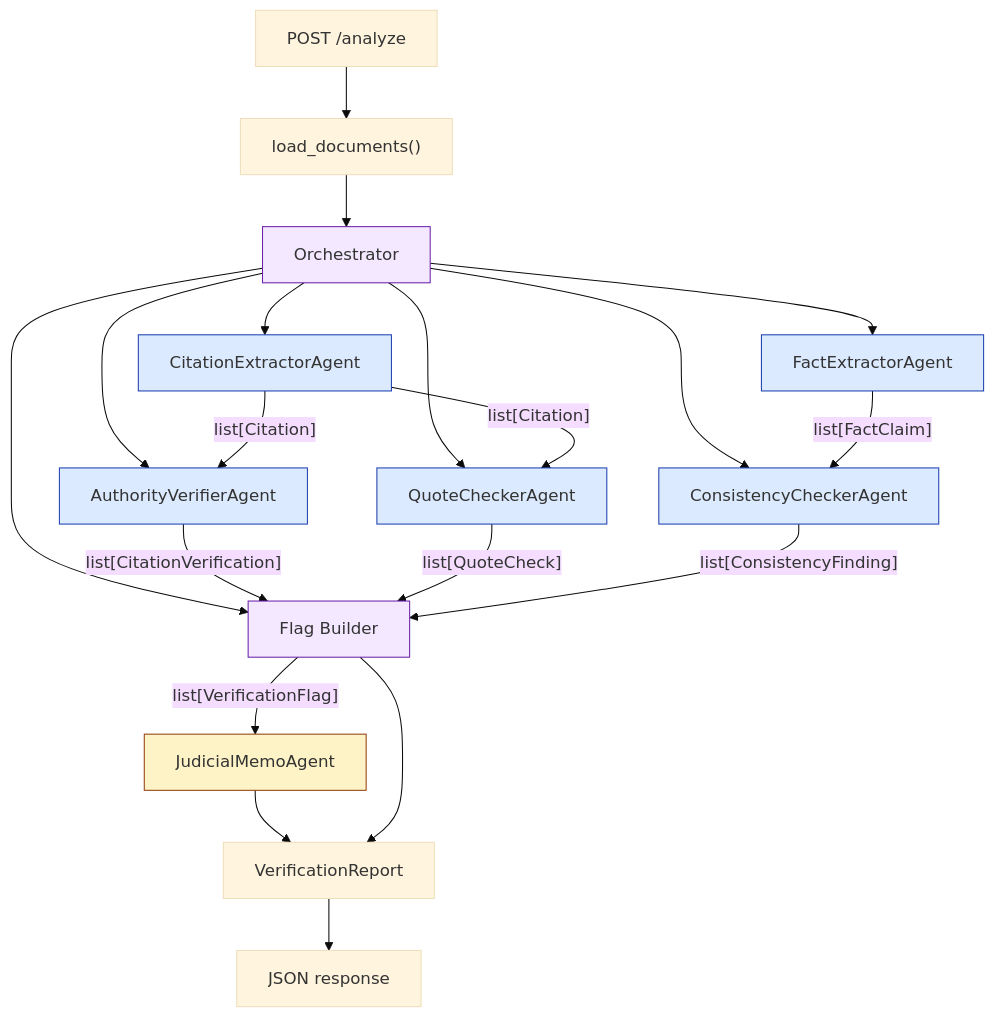
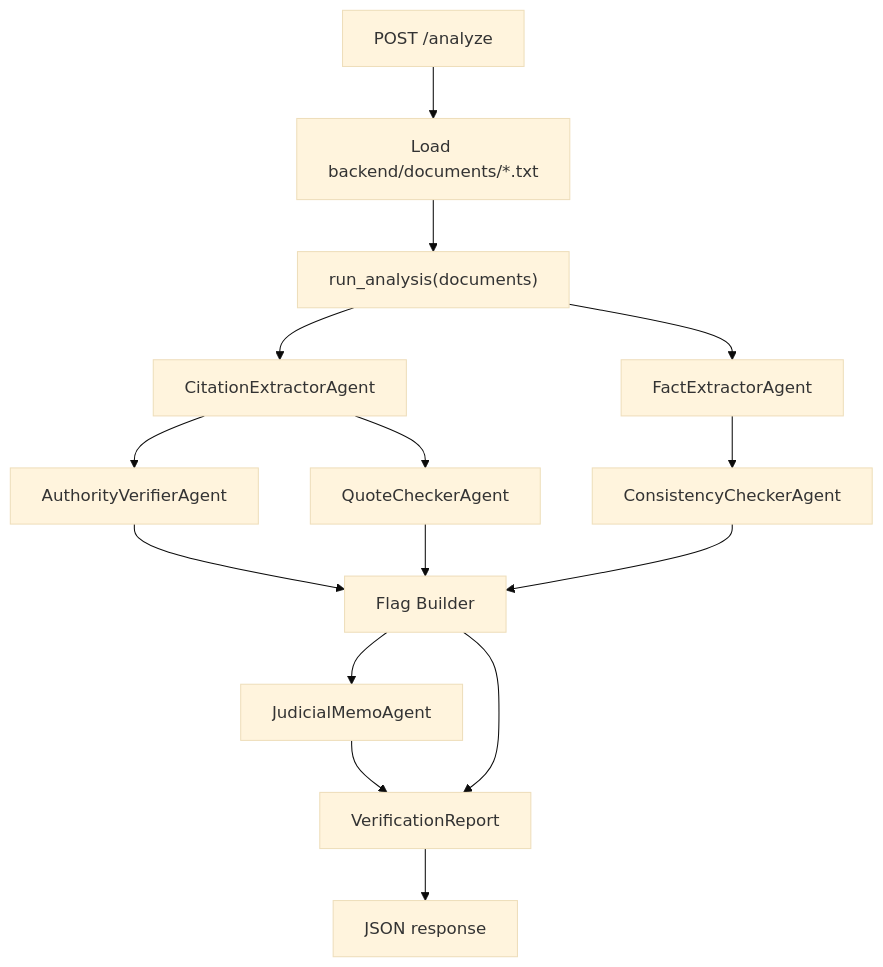
The diagram in ARCHITECTURE.md (thiagoferolla/lh-ai-fs), drawn with Mermaid (base theme) before and after one commit. The commit also changed other lines of this file and 6 other files, not shown here.

First line of the commit message:
Refactor architecture documentation and agents

````diff
--- a/ARCHITECTURE.md
+++ b/ARCHITECTURE.md
@@ -7,36 +31,21 @@
 ```mermaid
 flowchart TD
-    REQ["POST /analyze"] --> LOAD["load_documents()"]
-    LOAD --> ORCH["Orchestrator"]
+    API["POST /analyze"] --> LOAD["Load backend/documents/*.txt"]
+    LOAD --> ORCH["run_analysis(documents)"]
 
     ORCH --> CE["CitationExtractorAgent"]
-    ORCH --> AV["AuthorityVerifierAgent"]
-    ORCH --> QC["QuoteCheckerAgent"]
     ORCH --> FE["FactExtractorAgent"]
-    ORCH --> CC["ConsistencyCheckerAgent"]
 
-    CE -- "list[Citation]" --> AV
-    CE -- "list[Citation]" --> QC
-    FE -- "list[FactClaim]" --> CC
+    CE --> AV["AuthorityVerifierAgent"]
+    CE --> QC["QuoteCheckerAgent"]
+    FE --> CC["ConsistencyCheckerAgent"]
 
-    ORCH --> FLAGS["Flag Builder"]
-    AV -- "list[CitationVerification]" --> FLAGS
-    QC -- "list[QuoteCheck]" --> FLAGS
-    CC -- "list[ConsistencyFinding]" --> FLAGS
+    AV --> FLAGS["Flag Builder"]
+    QC --> FLAGS
+    CC --> FLAGS
 
-    FLAGS -- "list[VerificationFlag]" --> JM["JudicialMemoAgent"]
-
+    FLAGS --> JM["JudicialMemoAgent"]
     JM --> REPORT["VerificationReport"]
     FLAGS --> REPORT
-
-    REPORT --> RESP["JSON response"]
-
-    style CE fill:#dbeafe,stroke:#1e40af
-    style AV fill:#dbeafe,stroke:#1e40af
-    style QC fill:#dbeafe,stroke:#1e40af
-    style FE fill:#dbeafe,stroke:#1e40af
-    style CC fill:#dbeafe,stroke:#1e40af
-    style JM fill:#fef3c7,stroke:#92400e
-    style ORCH fill:#f3e8ff,stroke:#6b21a8
-    style FLAGS fill:#f3e8ff,stroke:#6b21a8
+    REPORT --> APIRESP["JSON response"]
 ```
````
